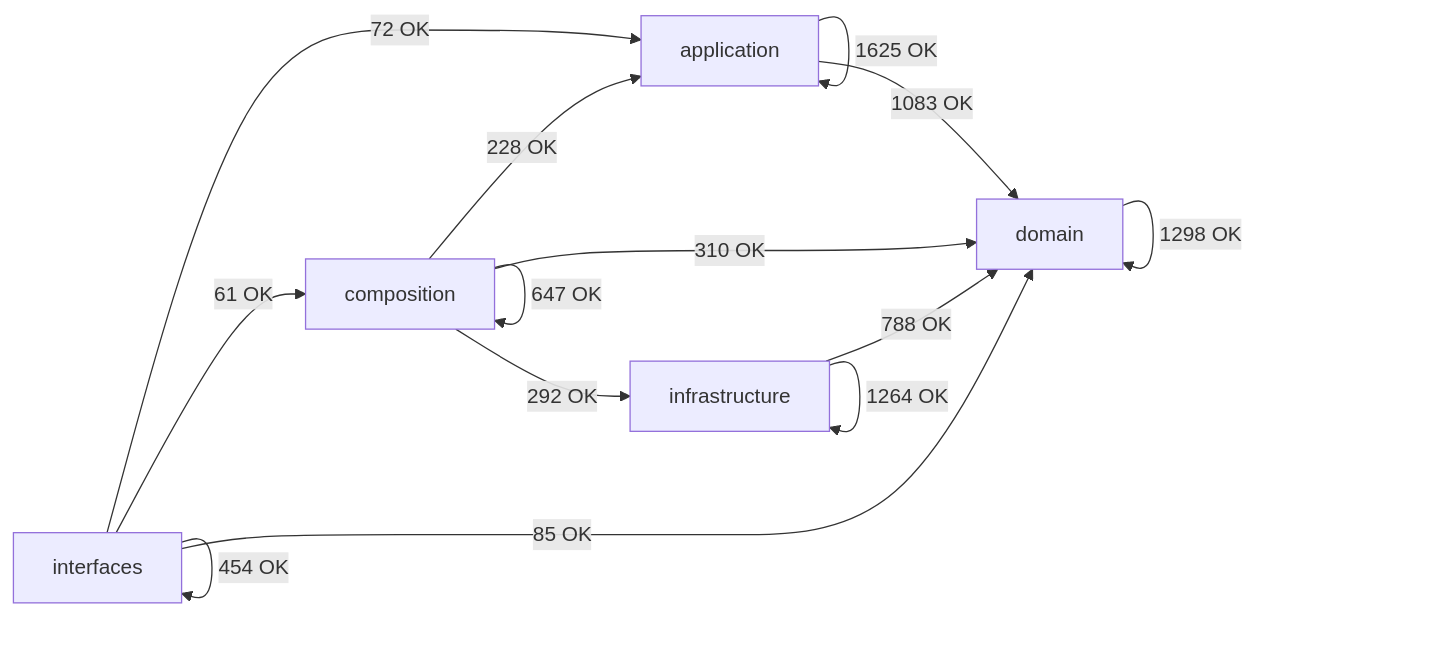
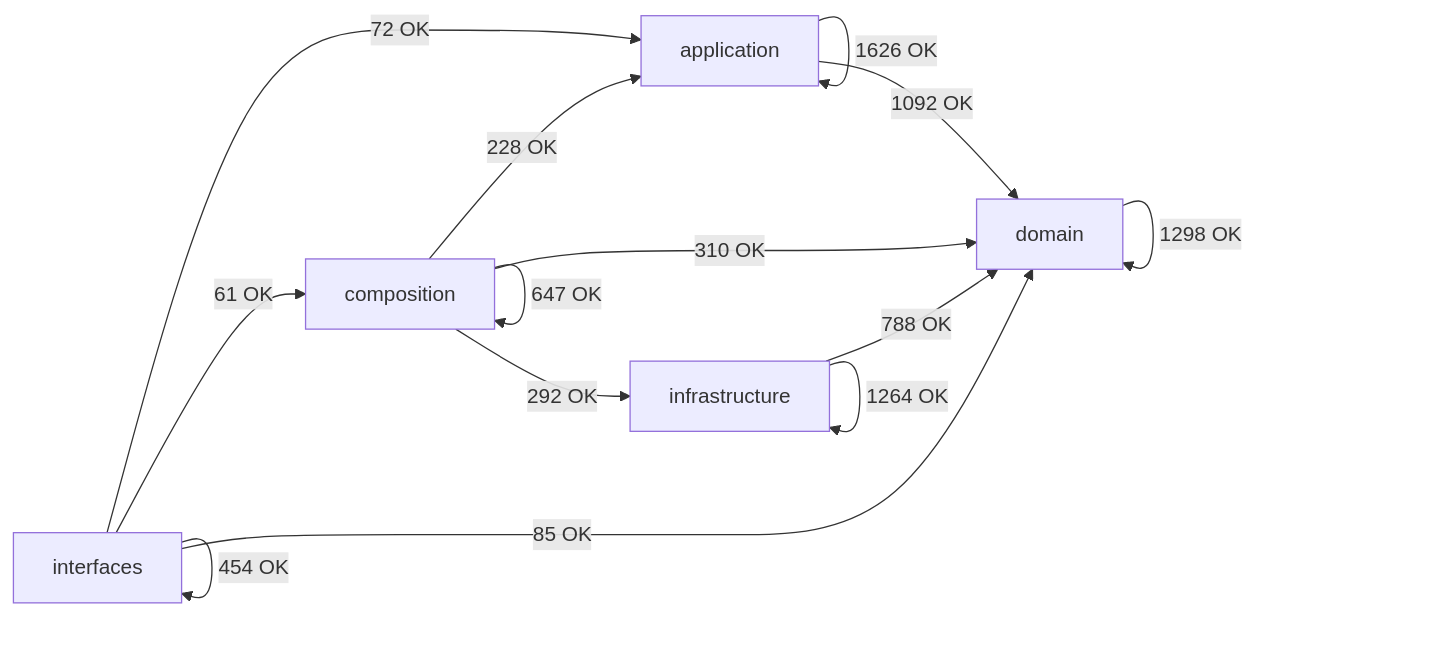
One commit to SatoryKono/BioactivityDataAcquisition changed the diagram in docs/02-architecture/generated/module-dependency-map.md. Above: the diagram before and after it, drawn with Mermaid. The commit also changed other lines of this file and 52 other files, not shown here.

````diff
--- a/docs/02-architecture/generated/module-dependency-map.md
+++ b/docs/02-architecture/generated/module-dependency-map.md
@@ -17,21 +17,21 @@
 ```mermaid
 flowchart LR
     domain[domain]
     application[application]
     infrastructure[infrastructure]
     composition[composition]
     interfaces[interfaces]
-    application -->|1625 OK| application
-    application -->|1083 OK| domain
+    application -->|1626 OK| application
+    application -->|1092 OK| domain
     composition -->|228 OK| application
     composition -->|647 OK| composition
     composition -->|310 OK| domain
     composition -->|292 OK| infrastructure
     domain -->|1298 OK| domain
     infrastructure -->|788 OK| domain
     infrastructure -->|1264 OK| infrastructure
     interfaces -->|72 OK| application
     interfaces -->|61 OK| composition
     interfaces -->|85 OK| domain
     interfaces -->|454 OK| interfaces
 ```
````
